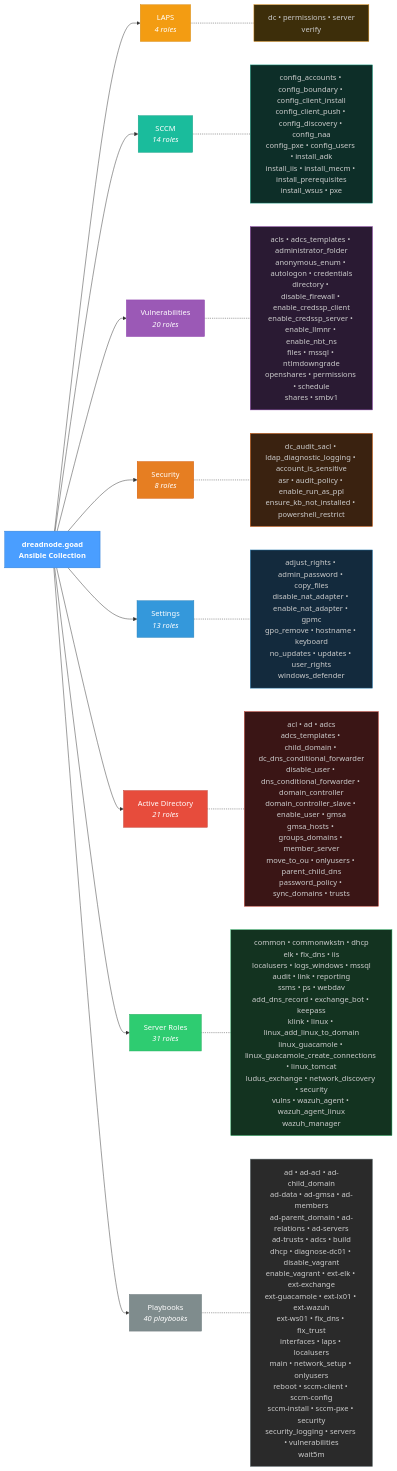
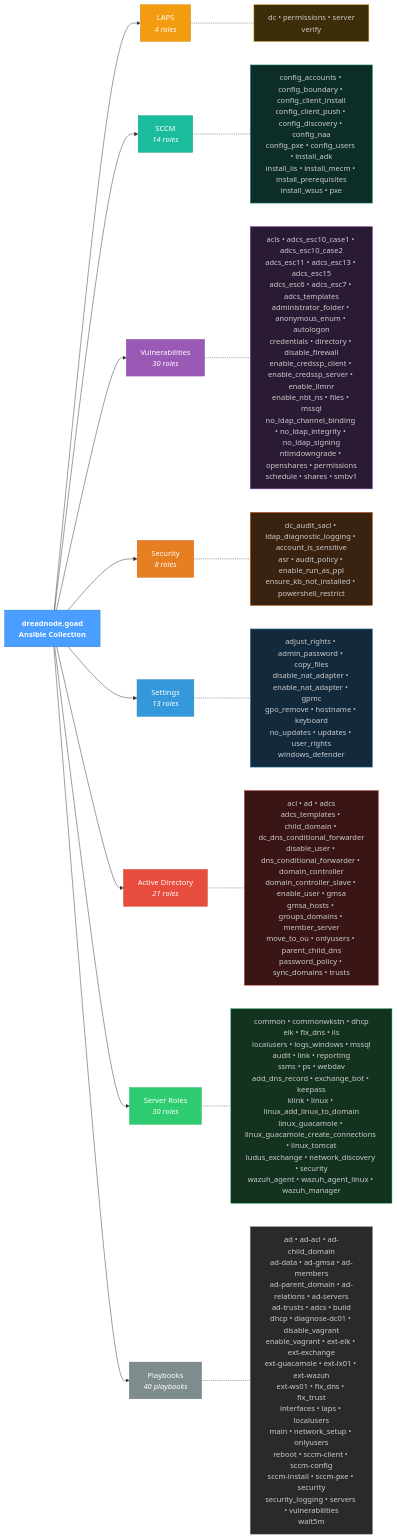
Before and after one commit to dreadnode/DreadGOAD: the diagram in docs/architecture.mmd, drawn with Mermaid. The commit also changed 53 other files, not shown here.

First line of the commit message:
feat: add new ADCS and LDAP vulnerability roles and improve gMSA account handling

```diff
--- a/docs/architecture.mmd
+++ b/docs/architecture.mmd
@@ -1,39 +1,39 @@
 graph LR
     Collection["dreadnode.goad<br/>Ansible Collection"]
 
     Collection --> LAPS["LAPS<br/><i>4 roles</i>"]
     Collection --> SCCM["SCCM<br/><i>14 roles</i>"]
-    Collection --> Vulnerabilities["Vulnerabilities<br/><i>20 roles</i>"]
+    Collection --> Vulnerabilities["Vulnerabilities<br/><i>30 roles</i>"]
     Collection --> Security["Security<br/><i>8 roles</i>"]
     Collection --> Settings["Settings<br/><i>13 roles</i>"]
     Collection --> ActiveDirectory["Active Directory<br/><i>21 roles</i>"]
-    Collection --> ServerRoles["Server Roles<br/><i>31 roles</i>"]
+    Collection --> ServerRoles["Server Roles<br/><i>30 roles</i>"]
 
     LAPS -.- LAPS_detail["dc &bull; permissions &bull; server<br/>verify"]
     SCCM -.- SCCM_detail["config_accounts &bull; config_boundary &bull; config_client_install<br/>config_client_push &bull; config_discovery &bull; config_naa<br/>config_pxe &bull; config_users &bull; install_adk<br/>install_iis &bull; install_mecm &bull; install_prerequisites<br/>install_wsus &bull; pxe"]
-    Vulnerabilities -.- Vulnerabilities_detail["acls &bull; adcs_templates &bull; administrator_folder<br/>anonymous_enum &bull; autologon &bull; credentials<br/>directory &bull; disable_firewall &bull; enable_credssp_client<br/>enable_credssp_server &bull; enable_llmnr &bull; enable_nbt_ns<br/>files &bull; mssql &bull; ntlmdowngrade<br/>openshares &bull; permissions &bull; schedule<br/>shares &bull; smbv1"]
+    Vulnerabilities -.- Vulnerabilities_detail["acls &bull; adcs_esc10_case1 &bull; adcs_esc10_case2<br/>adcs_esc11 &bull; adcs_esc13 &bull; adcs_esc15<br/>adcs_esc6 &bull; adcs_esc7 &bull; adcs_templates<br/>administrator_folder &bull; anonymous_enum &bull; autologon<br/>credentials &bull; directory &bull; disable_firewall<br/>enable_credssp_client &bull; enable_credssp_server &bull; enable_llmnr<br/>enable_nbt_ns &bull; files &bull; mssql<br/>no_ldap_channel_binding &bull; no_ldap_integrity &bull; no_ldap_signing<br/>ntlmdowngrade &bull; openshares &bull; permissions<br/>schedule &bull; shares &bull; smbv1"]
     Security -.- Security_detail["dc_audit_sacl &bull; ldap_diagnostic_logging &bull; account_is_sensitive<br/>asr &bull; audit_policy &bull; enable_run_as_ppl<br/>ensure_kb_not_installed &bull; powershell_restrict"]
     Settings -.- Settings_detail["adjust_rights &bull; admin_password &bull; copy_files<br/>disable_nat_adapter &bull; enable_nat_adapter &bull; gpmc<br/>gpo_remove &bull; hostname &bull; keyboard<br/>no_updates &bull; updates &bull; user_rights<br/>windows_defender"]
     ActiveDirectory -.- ActiveDirectory_detail["acl &bull; ad &bull; adcs<br/>adcs_templates &bull; child_domain &bull; dc_dns_conditional_forwarder<br/>disable_user &bull; dns_conditional_forwarder &bull; domain_controller<br/>domain_controller_slave &bull; enable_user &bull; gmsa<br/>gmsa_hosts &bull; groups_domains &bull; member_server<br/>move_to_ou &bull; onlyusers &bull; parent_child_dns<br/>password_policy &bull; sync_domains &bull; trusts"]
-    ServerRoles -.- ServerRoles_detail["common &bull; commonwkstn &bull; dhcp<br/>elk &bull; fix_dns &bull; iis<br/>localusers &bull; logs_windows &bull; mssql<br/>audit &bull; link &bull; reporting<br/>ssms &bull; ps &bull; webdav<br/>add_dns_record &bull; exchange_bot &bull; keepass<br/>klink &bull; linux &bull; linux_add_linux_to_domain<br/>linux_guacamole &bull; linux_guacamole_create_connections &bull; linux_tomcat<br/>ludus_exchange &bull; network_discovery &bull; security<br/>vulns &bull; wazuh_agent &bull; wazuh_agent_linux<br/>wazuh_manager"]
+    ServerRoles -.- ServerRoles_detail["common &bull; commonwkstn &bull; dhcp<br/>elk &bull; fix_dns &bull; iis<br/>localusers &bull; logs_windows &bull; mssql<br/>audit &bull; link &bull; reporting<br/>ssms &bull; ps &bull; webdav<br/>add_dns_record &bull; exchange_bot &bull; keepass<br/>klink &bull; linux &bull; linux_add_linux_to_domain<br/>linux_guacamole &bull; linux_guacamole_create_connections &bull; linux_tomcat<br/>ludus_exchange &bull; network_discovery &bull; security<br/>wazuh_agent &bull; wazuh_agent_linux &bull; wazuh_manager"]
 
     Collection --> Playbooks["Playbooks<br/><i>40 playbooks</i>"]
     Playbooks -.- Playbooks_detail["ad &bull; ad-acl &bull; ad-child_domain<br/>ad-data &bull; ad-gmsa &bull; ad-members<br/>ad-parent_domain &bull; ad-relations &bull; ad-servers<br/>ad-trusts &bull; adcs &bull; build<br/>dhcp &bull; diagnose-dc01 &bull; disable_vagrant<br/>enable_vagrant &bull; ext-elk &bull; ext-exchange<br/>ext-guacamole &bull; ext-lx01 &bull; ext-wazuh<br/>ext-ws01 &bull; fix_dns &bull; fix_trust<br/>interfaces &bull; laps &bull; localusers<br/>main &bull; network_setup &bull; onlyusers<br/>reboot &bull; sccm-client &bull; sccm-config<br/>sccm-install &bull; sccm-pxe &bull; security<br/>security_logging &bull; servers &bull; vulnerabilities<br/>wait5m"]
 
     style Collection fill:#4a9eff,stroke:#2d7cd4,color:#fff,font-weight:bold
     style Playbooks fill:#7f8c8d,stroke:#6c7a7d,color:#fff
     style Playbooks_detail fill:#2a2a2a,stroke:#6c7a7d,color:#ccc
     style LAPS fill:#f39c12,stroke:#d68910,color:#fff
     style LAPS_detail fill:#3d2e0a,stroke:#d68910,color:#ccc
     style SCCM fill:#1abc9c,stroke:#16a085,color:#fff
     style SCCM_detail fill:#0d2e28,stroke:#16a085,color:#ccc
     style Vulnerabilities fill:#9b59b6,stroke:#8e44ad,color:#fff
     style Vulnerabilities_detail fill:#2a1a33,stroke:#8e44ad,color:#ccc
     style Security fill:#e67e22,stroke:#d35400,color:#fff
     style Security_detail fill:#3a2210,stroke:#d35400,color:#ccc
     style Settings fill:#3498db,stroke:#2980b9,color:#fff
     style Settings_detail fill:#132a3d,stroke:#2980b9,color:#ccc
     style ActiveDirectory fill:#e74c3c,stroke:#c0392b,color:#fff
     style ActiveDirectory_detail fill:#3a1515,stroke:#c0392b,color:#ccc
     style ServerRoles fill:#2ecc71,stroke:#27ae60,color:#fff
     style ServerRoles_detail fill:#133320,stroke:#27ae60,color:#ccc
```
